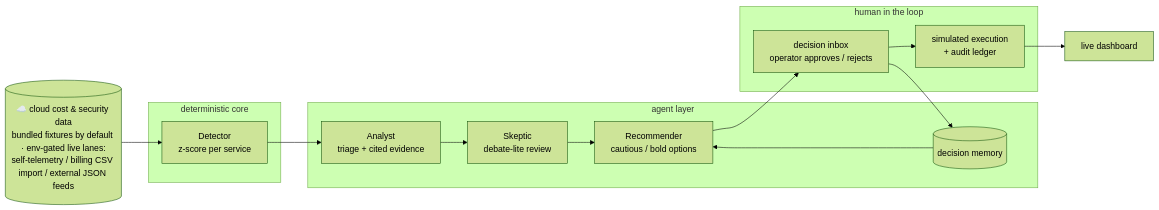
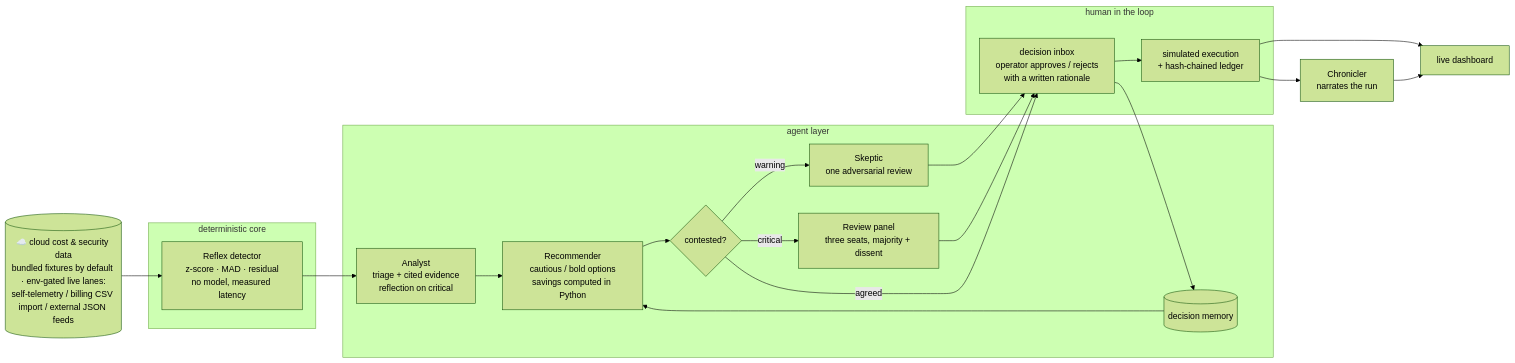
One commit to muratcan-ates/cloudsentinel changed the diagram in README.md. Above: the diagram before and after it, drawn with Mermaid (forest theme). The commit also changed other lines of this file and 2 other files, not shown here.

````diff
--- a/README.md
+++ b/README.md
@@ -184,23 +185,29 @@
 ```mermaid
 flowchart LR
     CLOUD[("☁️ cloud cost &amp; security data<br/>bundled fixtures by default · env-gated live lanes:<br/>self-telemetry / billing CSV import / external JSON feeds")] --> DET
 
     subgraph deterministic core
-        DET["Detector<br/>z-score per service"]
+        DET["Reflex detector<br/>z-score · MAD · residual<br/>no model, measured latency"]
     end
 
     subgraph agent layer
-        DET --> AN["Analyst<br/>triage + cited evidence"]
-        AN --> SK["Skeptic<br/>debate-lite review"]
-        SK --> REC["Recommender<br/>cautious / bold options"]
+        DET --> AN["Analyst<br/>triage + cited evidence<br/>reflection on critical"]
         MEM[("decision memory")] --> REC
+        AN --> REC["Recommender<br/>cautious / bold options<br/>savings computed in Python"]
+        REC --> DEB{"contested?"}
+        DEB -->|"warning"| SK["Skeptic<br/>one adversarial review"]
+        DEB -->|"critical"| PAN["Review panel<br/>three seats, majority + dissent"]
     end
 
     subgraph human in the loop
-        REC --> INBOX["decision inbox<br/>operator approves / rejects"]
-        INBOX --> EXEC["simulated execution<br/>+ audit ledger"]
+        SK --> INBOX["decision inbox<br/>operator approves / rejects<br/>with a written rationale"]
+        PAN --> INBOX
+        DEB -->|"agreed"| INBOX
+        INBOX --> EXEC["simulated execution<br/>+ hash-chained ledger"]
     end
 
     INBOX --> MEM
     EXEC --> DASH["live dashboard"]
+    EXEC --> CHR["Chronicler<br/>narrates the run"]
+    CHR --> DASH
 ```
````
